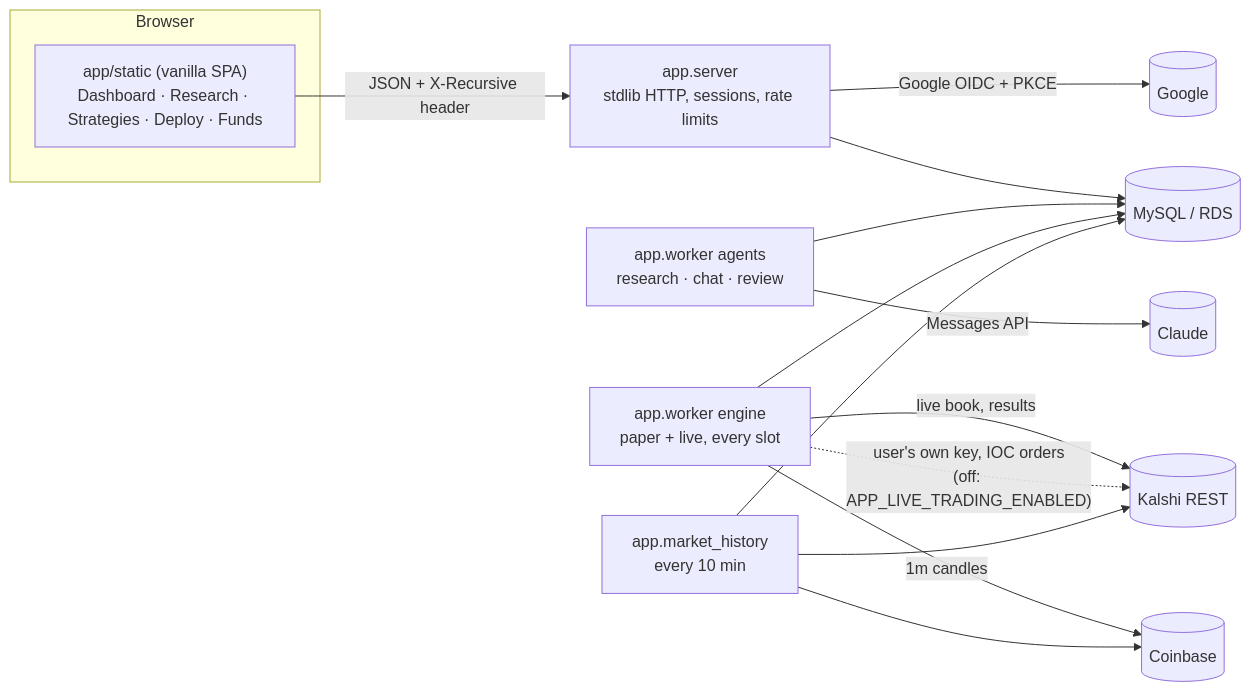
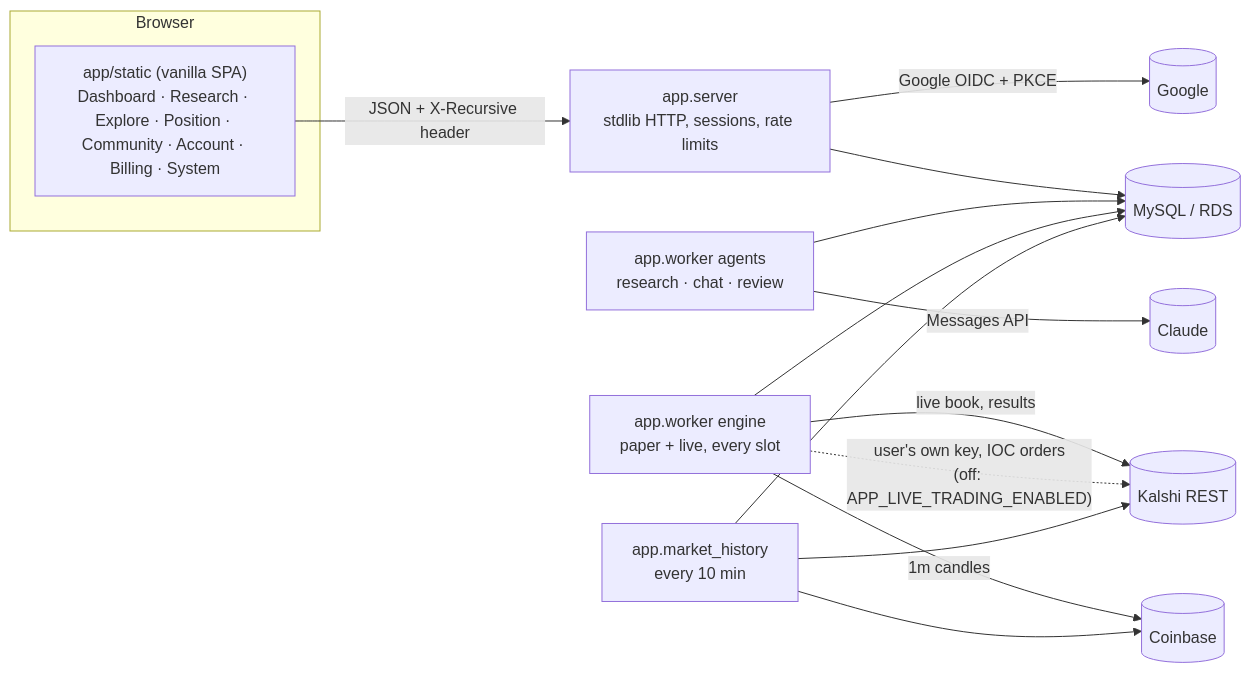
The first of 2 diagrams in kalshi_trade_infra/app/README.md (JihuiTanUchicago/kalshi_trade), drawn with Mermaid before and after one commit. The commit also changed other lines of this file and 32 other files, not shown here.

````diff
--- a/kalshi_trade_infra/app/README.md
+++ b/kalshi_trade_infra/app/README.md
@@ -10,18 +10,18 @@
 ```mermaid
 flowchart LR
   subgraph Browser
-    SPA["app/static (vanilla SPA)<br/>Dashboard · Research · Strategies · Deploy · Funds"]
+    SPA["app/static (vanilla SPA)<br/>Dashboard · Research · Explore · Position · Community · Account · Billing · System"]
   end
   SPA -- "JSON + X-Recursive header" --> WEB["app.server<br/>stdlib HTTP, sessions, rate limits"]
   WEB -- "Google OIDC + PKCE" --> G[(Google)]
   WEB --> DB[(MySQL / RDS)]
   AG["app.worker agents<br/>research · chat · review"] --> DB
   AG -- "Messages API" --> C[(Claude)]
   EN["app.worker engine<br/>paper + live, every slot"] --> DB
   EN -- "live book, results" --> K[(Kalshi REST)]
   EN -- "1m candles" --> CB[(Coinbase)]
   EN -. "user's own key, IOC orders<br/>(off: APP_LIVE_TRADING_ENABLED)" .-> K
   HI["app.market_history<br/>every 10 min"] --> DB
   HI --> K
   HI --> CB
 ```
````
